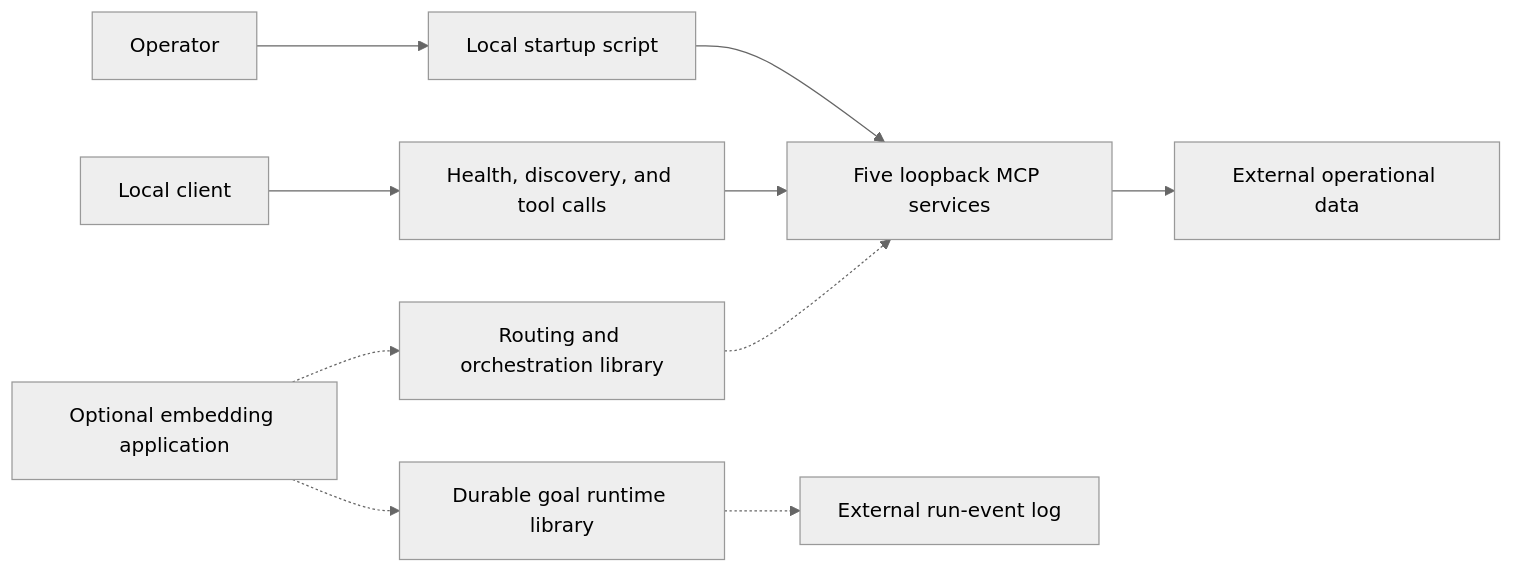
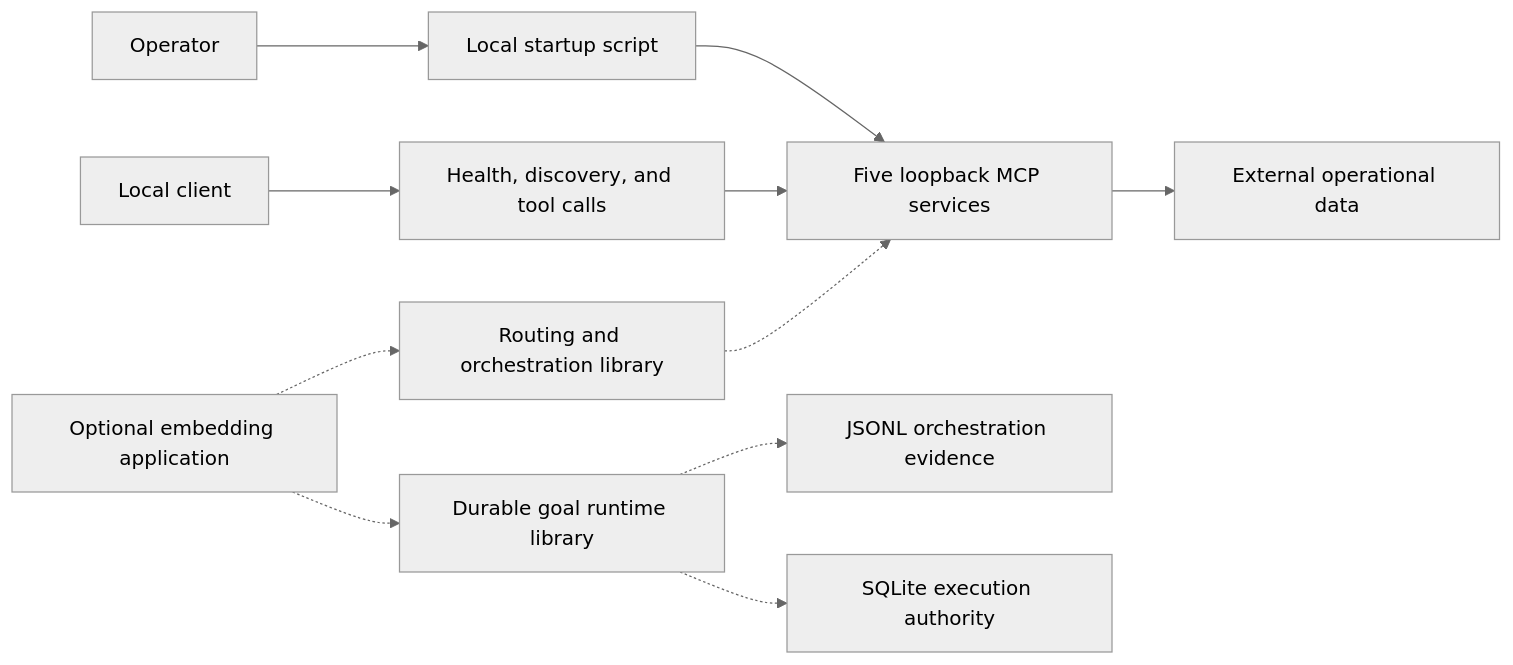
The diagram in README.md (nattawatpuntachot52/ovca-core), drawn with Mermaid (neutral theme) before and after one commit. The commit also changed other lines of this file and 13 other files, not shown here.

````diff
--- a/README.md
+++ b/README.md
@@ -22,12 +22,13 @@
 ```mermaid
 flowchart LR
     Operator["Operator"] --> Startup["Local startup script"]
     Startup --> Services["Five loopback MCP services"]
     Client["Local client"] --> Tools["Health, discovery, and tool calls"]
     Tools --> Services
     Services --> Data["External operational data"]
     App["Optional embedding application"] -.-> Graph["Routing and orchestration library"]
     App -.-> GoalRuntime["Durable goal runtime library"]
     Graph -.-> Services
-    GoalRuntime -.-> RunLog["External run-event log"]
+    GoalRuntime -.-> RunLog["JSONL orchestration evidence"]
+    GoalRuntime -.-> ExecutionDb["SQLite execution authority"]
 ```
````
